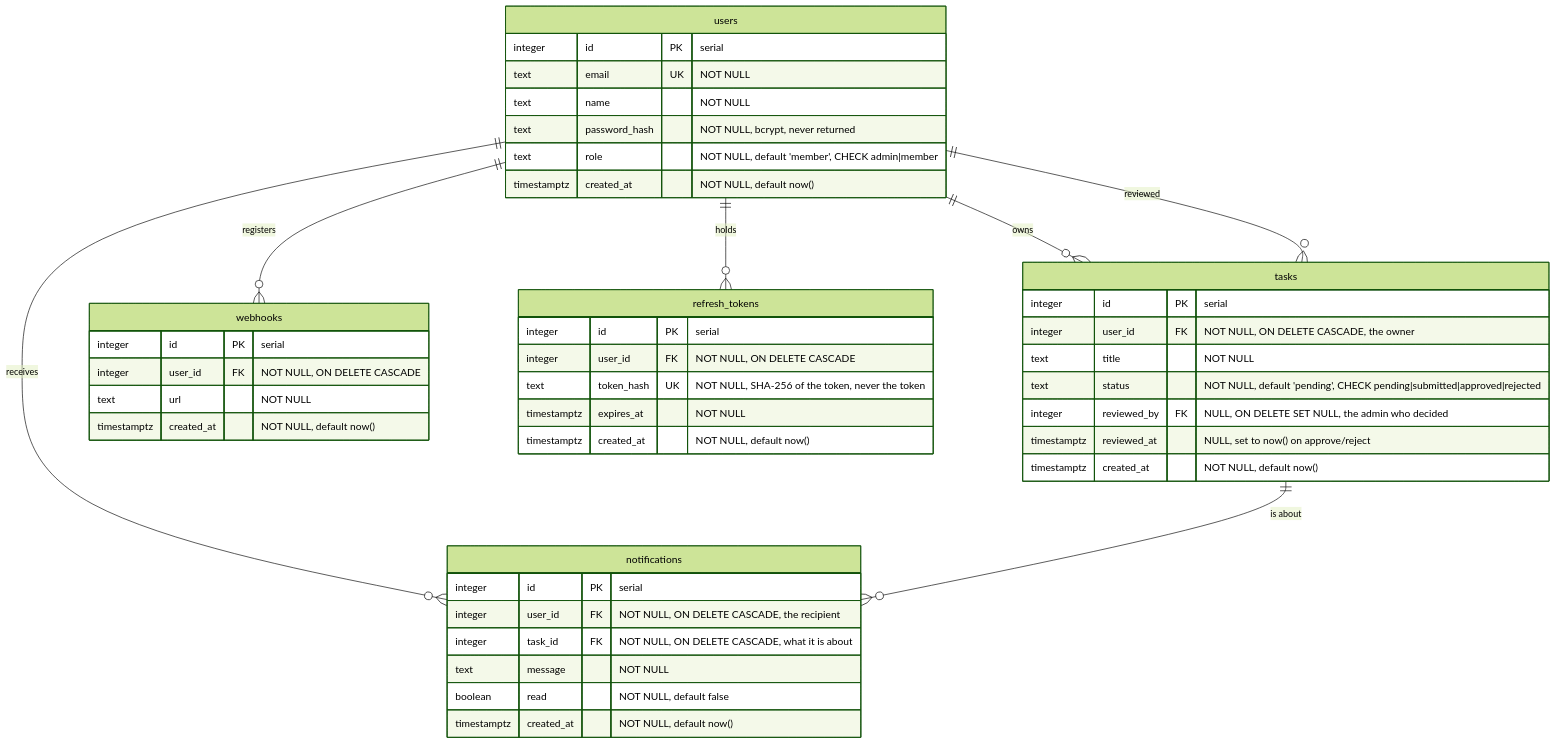
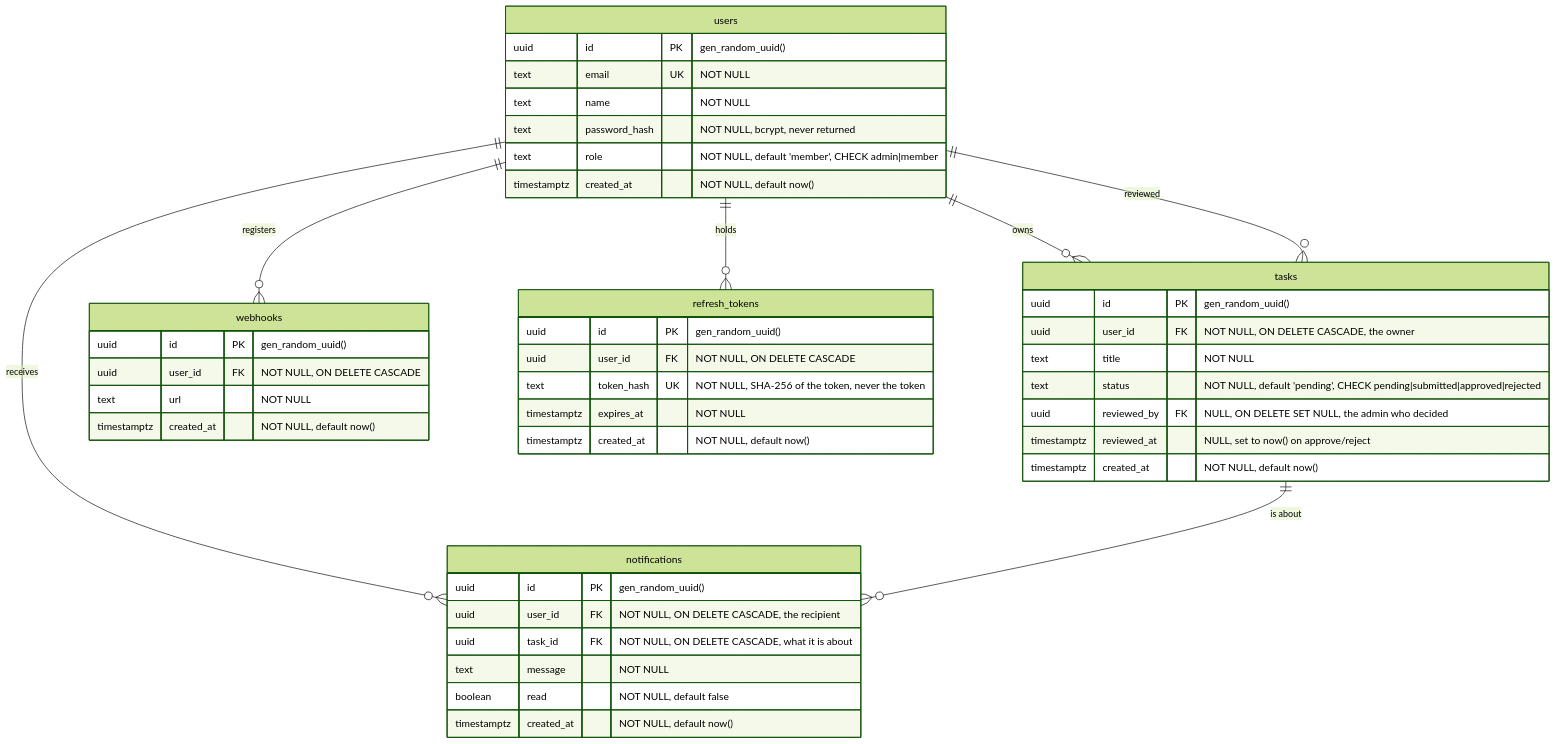
The diagram in docs/ERD.md (bechir-slrgy/go_learning_app), drawn with Mermaid (forest theme) before and after one commit. The commit also changed other lines of this file and 3 other files, not shown here.

First line of the commit message:
docs: UUID ids in README, LEARN, ERD, Insomnia

````diff
--- a/docs/ERD.md
+++ b/docs/ERD.md
@@ -9,52 +14,52 @@
 ```mermaid
 erDiagram
     users ||--o{ tasks          : "owns"
     users ||--o{ tasks          : "reviewed"
     users ||--o{ webhooks       : "registers"
     users ||--o{ notifications  : "receives"
     users ||--o{ refresh_tokens : "holds"
     tasks ||--o{ notifications  : "is about"
 
     users {
-        integer     id            PK "serial"
+        uuid        id            PK "gen_random_uuid()"
         text        email         UK "NOT NULL"
         text        name             "NOT NULL"
         text        password_hash    "NOT NULL, bcrypt, never returned"
         text        role             "NOT NULL, default 'member', CHECK admin|member"
         timestamptz created_at       "NOT NULL, default now()"
     }
 
     refresh_tokens {
-        integer     id         PK "serial"
-        integer     user_id    FK "NOT NULL, ON DELETE CASCADE"
+        uuid        id         PK "gen_random_uuid()"
+        uuid        user_id    FK "NOT NULL, ON DELETE CASCADE"
         text        token_hash UK "NOT NULL, SHA-256 of the token, never the token"
         timestamptz expires_at    "NOT NULL"
         timestamptz created_at    "NOT NULL, default now()"
     }
 
     tasks {
-        integer     id          PK "serial"
-        integer     user_id     FK "NOT NULL, ON DELETE CASCADE, the owner"
+        uuid        id          PK "gen_random_uuid()"
+        uuid        user_id     FK "NOT NULL, ON DELETE CASCADE, the owner"
         text        title          "NOT NULL"
         text        status         "NOT NULL, default 'pending', CHECK pending|submitted|approved|rejected"
-        integer     reviewed_by FK "NULL, ON DELETE SET NULL, the admin who decided"
+        uuid        reviewed_by FK "NULL, ON DELETE SET NULL, the admin who decided"
         timestamptz reviewed_at    "NULL, set to now() on approve/reject"
         timestamptz created_at     "NOT NULL, default now()"
     }
 
     webhooks {
-        integer     id         PK "serial"
-        integer     user_id    FK "NOT NULL, ON DELETE CASCADE"
+        uuid        id         PK "gen_random_uuid()"
+        uuid        user_id    FK "NOT NULL, ON DELETE CASCADE"
         text        url           "NOT NULL"
         timestamptz created_at    "NOT NULL, default now()"
     }
 
     notifications {
-        integer     id         PK "serial"
-        integer     user_id    FK "NOT NULL, ON DELETE CASCADE, the recipient"
-        integer     task_id    FK "NOT NULL, ON DELETE CASCADE, what it is about"
+        uuid        id         PK "gen_random_uuid()"
+        uuid        user_id    FK "NOT NULL, ON DELETE CASCADE, the recipient"
+        uuid        task_id    FK "NOT NULL, ON DELETE CASCADE, what it is about"
         text        message       "NOT NULL"
         boolean     read          "NOT NULL, default false"
         timestamptz created_at    "NOT NULL, default now()"
     }
 ```
````
